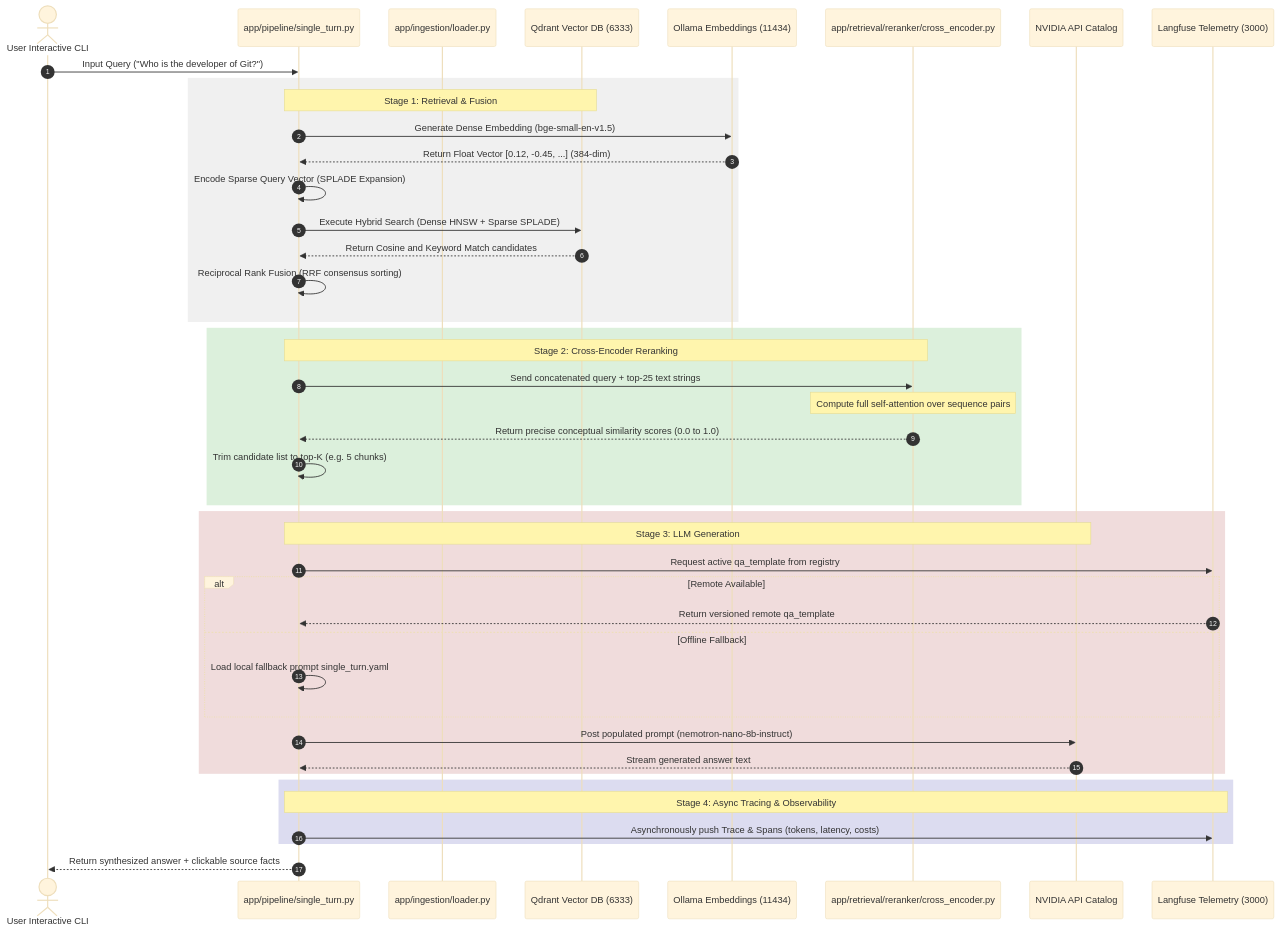
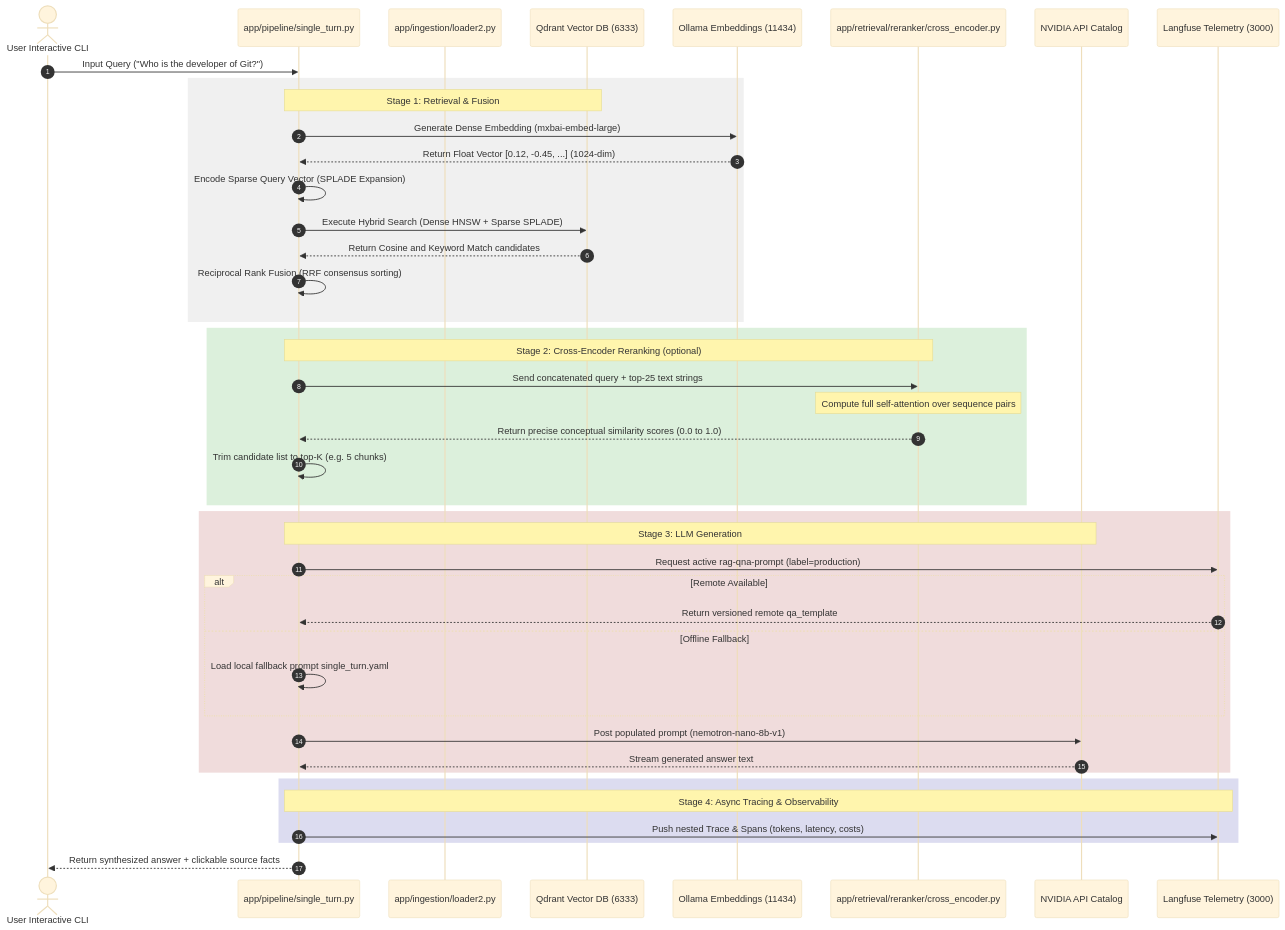
Before and after one commit to Lmalviya/pocket-projects: the second of 2 diagrams in rag-eval-lab/README.md, drawn with Mermaid (base theme). The commit also changed other lines of this file and 1 other file, not shown here.

````diff
--- a/rag-eval-lab/README.md
+++ b/rag-eval-lab/README.md
@@ -42,51 +42,51 @@
 ```mermaid
 sequenceDiagram
     autonumber
     actor User as User Interactive CLI
     participant Pipeline as app/pipeline/single_turn.py
-    participant Ingest as app/ingestion/loader.py
+    participant Ingest as app/ingestion/loader2.py
     participant Qdrant as Qdrant Vector DB (6333)
     participant Ollama as Ollama Embeddings (11434)
     participant Rerank as app/retrieval/reranker/cross_encoder.py
     participant NVIDIA as NVIDIA API Catalog
     participant Langfuse as Langfuse Telemetry (3000)
 
     User->>Pipeline: Input Query ("Who is the developer of Git?")
     
     rect rgb(240, 240, 240)
         Note over Pipeline, Qdrant: Stage 1: Retrieval & Fusion
-        Pipeline->>Ollama: Generate Dense Embedding (bge-small-en-v1.5)
-        Ollama-->>Pipeline: Return Float Vector [0.12, -0.45, ...] (384-dim)
+        Pipeline->>Ollama: Generate Dense Embedding (mxbai-embed-large)
+        Ollama-->>Pipeline: Return Float Vector [0.12, -0.45, ...] (1024-dim)
         Pipeline->>Pipeline: Encode Sparse Query Vector (SPLADE Expansion)
         Pipeline->>Qdrant: Execute Hybrid Search (Dense HNSW + Sparse SPLADE)
         Qdrant-->>Pipeline: Return Cosine and Keyword Match candidates
         Pipeline->>Pipeline: Reciprocal Rank Fusion (RRF consensus sorting)
     end
 
     rect rgb(220, 240, 220)
-        Note over Pipeline, Rerank: Stage 2: Cross-Encoder Reranking
+        Note over Pipeline, Rerank: Stage 2: Cross-Encoder Reranking (optional)
         Pipeline->>Rerank: Send concatenated query + top-25 text strings
         Note over Rerank: Compute full self-attention over sequence pairs
         Rerank-->>Pipeline: Return precise conceptual similarity scores (0.0 to 1.0)
         Pipeline->>Pipeline: Trim candidate list to top-K (e.g. 5 chunks)
     end
 
     rect rgb(240, 220, 220)
         Note over Pipeline, NVIDIA: Stage 3: LLM Generation
-        Pipeline->>Langfuse: Request active qa_template from registry
+        Pipeline->>Langfuse: Request active rag-qna-prompt (label=production)
         alt Remote Available
             Langfuse-->>Pipeline: Return versioned remote qa_template
         else Offline Fallback
             Pipeline->>Pipeline: Load local fallback prompt single_turn.yaml
         end
-        Pipeline->>NVIDIA: Post populated prompt (nemotron-nano-8b-instruct)
+        Pipeline->>NVIDIA: Post populated prompt (nemotron-nano-8b-v1)
         NVIDIA-->>Pipeline: Stream generated answer text
     end
 
     rect rgb(220, 220, 240)
         Note over Pipeline, Langfuse: Stage 4: Async Tracing & Observability
-        Pipeline->>Langfuse: Asynchronously push Trace & Spans (tokens, latency, costs)
+        Pipeline->>Langfuse: Push nested Trace & Spans (tokens, latency, costs)
     end
     
     Pipeline-->>User: Return synthesized answer + clickable source facts
 ```
````
